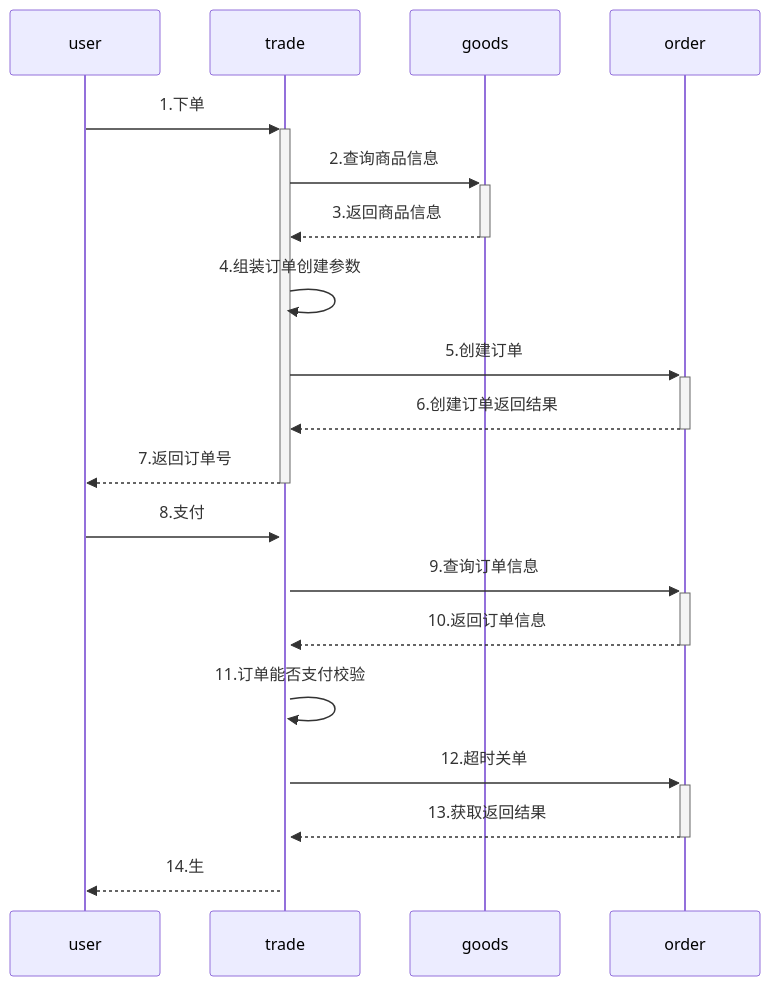
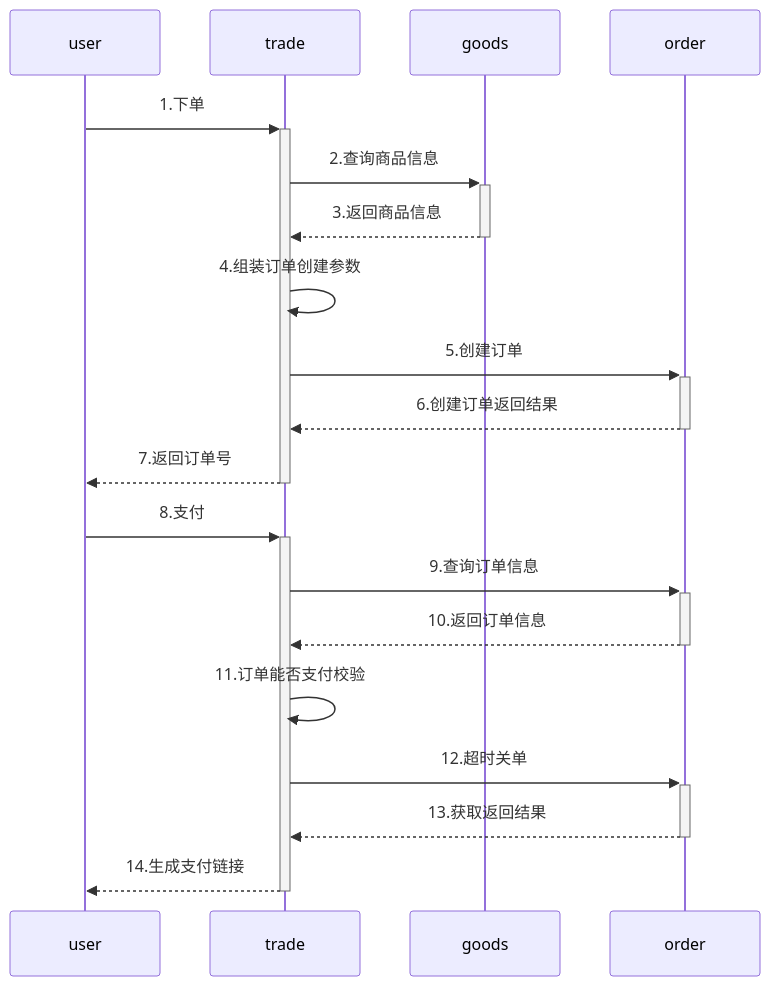
Before and after one commit to yingjianzh/iodraw-files: the diagram in all/未命名-6.md, drawn with Mermaid.

Commit message:
2024-08-19 15:48:02 update

````diff
--- a/all/未命名-6.md
+++ b/all/未命名-6.md
@@ -1,17 +1,17 @@
 ```mermaid
 sequenceDiagram
     user->>+trade: 1.下单
     trade->>+goods: 2.查询商品信息
     goods-->>-trade: 3.返回商品信息
     trade->>trade: 4.组装订单创建参数
     trade->>+order: 5.创建订单
     order-->>-trade: 6.创建订单返回结果
     trade-->>-user: 7.返回订单号
     user->>+trade: 8.支付
     trade->>+order: 9.查询订单信息
     order-->>-trade: 10.返回订单信息
     trade->>trade: 11.订单能否支付校验
     trade->>+order: 12.超时关单
     order-->>-trade: 13.获取返回结果
-    trade-->>user: 14.生
+    trade-->>-user: 14.生成支付链接
 ```
````
